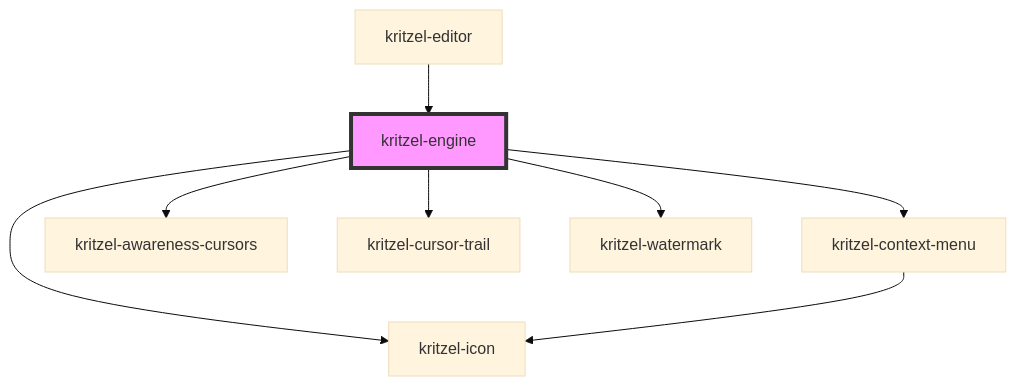
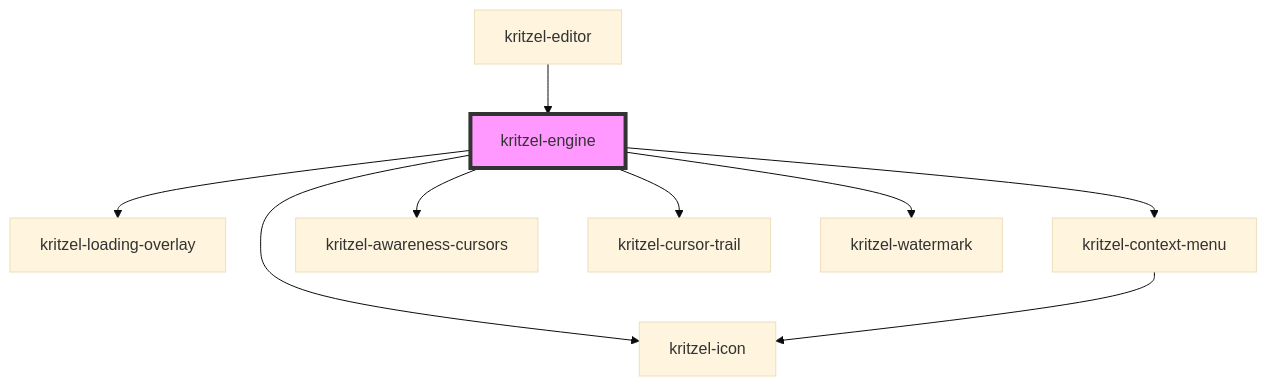
Before and after one commit to kasual1/kritzel: the diagram in libs/kritzel-stencil/src/components/core/kritzel-engine/readme.md, drawn with Mermaid (base theme). The commit also changed other lines of this file and 8 other files, not shown here.

````diff
--- a/libs/kritzel-stencil/src/components/core/kritzel-engine/readme.md
+++ b/libs/kritzel-stencil/src/components/core/kritzel-engine/readme.md
@@ -1189,11 +1190,12 @@
 ```mermaid
 graph TD;
+  kritzel-engine --> kritzel-loading-overlay
   kritzel-engine --> kritzel-icon
   kritzel-engine --> kritzel-context-menu
   kritzel-engine --> kritzel-awareness-cursors
   kritzel-engine --> kritzel-cursor-trail
   kritzel-engine --> kritzel-watermark
   kritzel-context-menu --> kritzel-icon
   kritzel-editor --> kritzel-engine
   style kritzel-engine fill:#f9f,stroke:#333,stroke-width:4px
 ```
````
